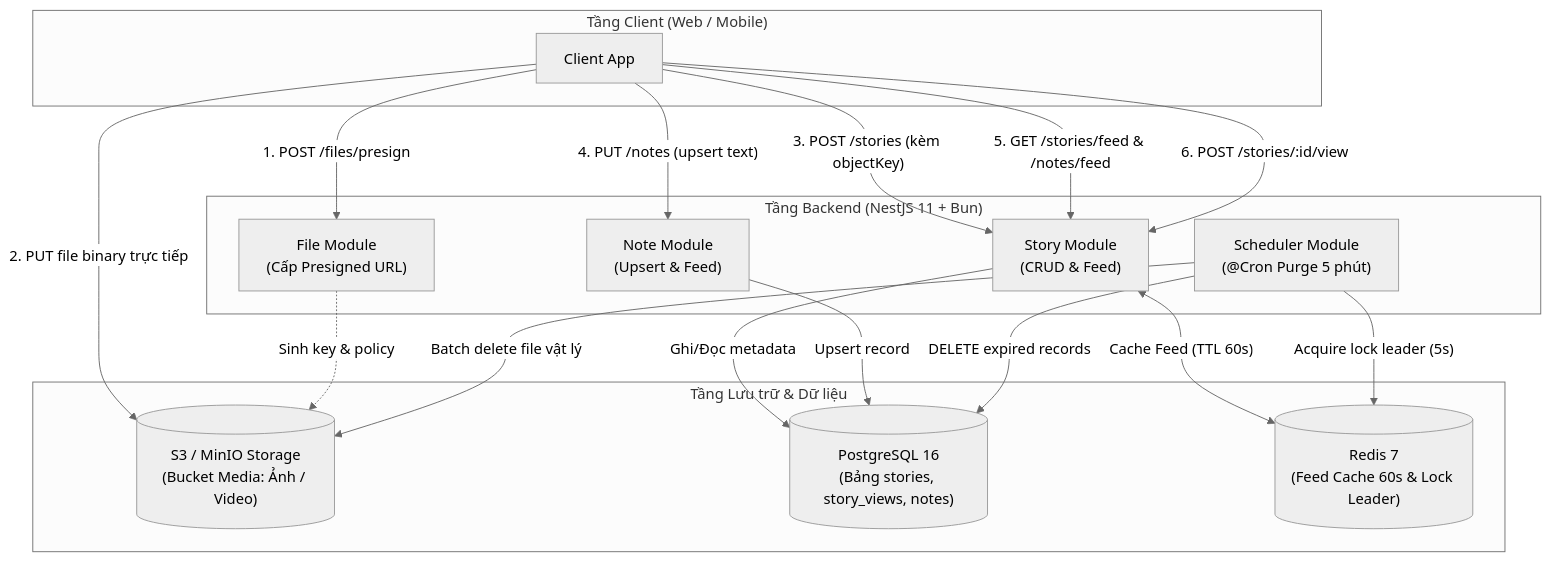
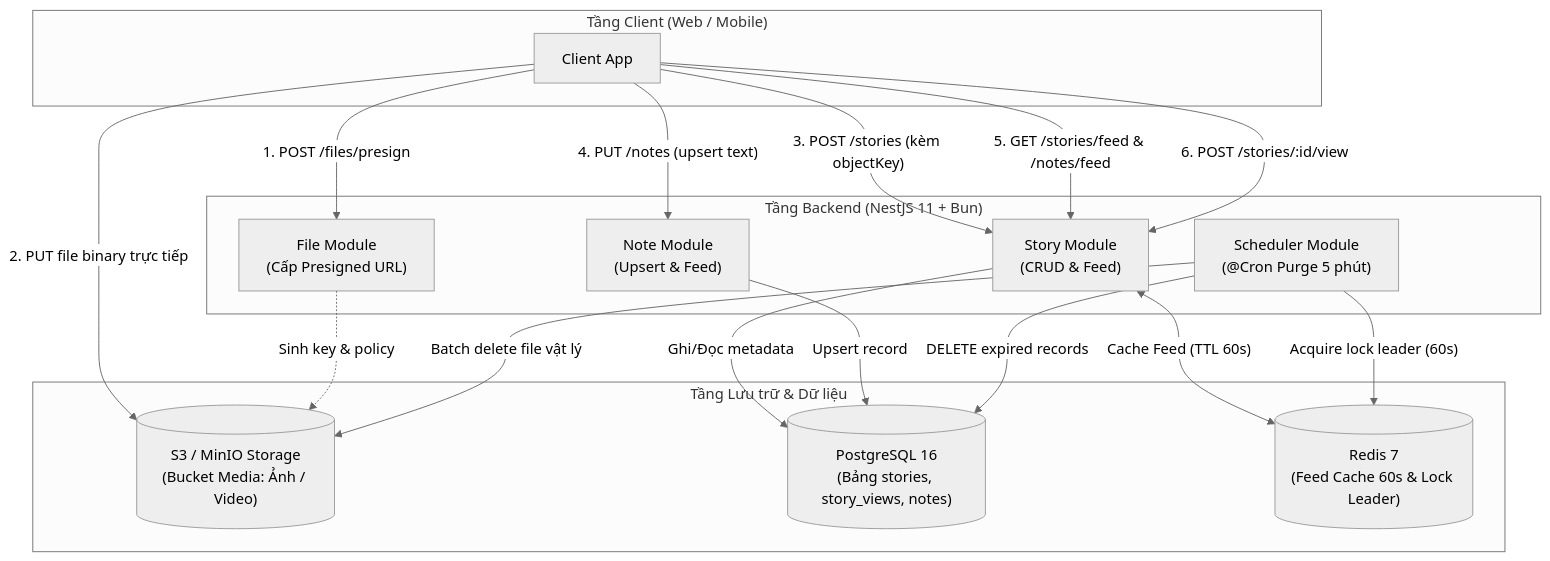
The first of 8 diagrams in STORIES_NOTES.md (chanh-group/docs), drawn with Mermaid (neutral theme) before and after one commit. The commit also changed other lines of this file and 44 other files, not shown here.

````diff
--- a/STORIES_NOTES.md
+++ b/STORIES_NOTES.md
@@ -56,38 +56,38 @@
 ```mermaid
 flowchart TD
     subgraph ClientLayer["Tầng Client (Web / Mobile)"]
         Client["Client App"]
     end
 
     subgraph ApiLayer["Tầng Backend (NestJS 11 + Bun)"]
         FileModule["File Module\n(Cấp Presigned URL)"]
         StoryModule["Story Module\n(CRUD & Feed)"]
         NoteModule["Note Module\n(Upsert & Feed)"]
         CronModule["Scheduler Module\n(@Cron Purge 5 phút)"]
     end
 
     subgraph DataLayer["Tầng Lưu trữ & Dữ liệu"]
         S3Storage[("S3 / MinIO Storage\n(Bucket Media: Ảnh / Video)")]
         PgDB[("PostgreSQL 16\n(Bảng stories, story_views, notes)")]
         RedisCache[("Redis 7\n(Feed Cache 60s & Lock Leader)")]
     end
 
     %% Client flows
     Client -->|"1. POST /files/presign"| FileModule
     Client -->|"2. PUT file binary trực tiếp"| S3Storage
     Client -->|"3. POST /stories (kèm objectKey)"| StoryModule
     Client -->|"4. PUT /notes (upsert text)"| NoteModule
     Client -->|"5. GET /stories/feed & /notes/feed"| StoryModule
     Client -->|"6. POST /stories/:id/view"| StoryModule
 
     %% Internal service flows
     FileModule -.->|"Sinh key & policy"| S3Storage
     StoryModule -->|"Ghi/Đọc metadata"| PgDB
     NoteModule -->|"Upsert record"| PgDB
     StoryModule <-->|"Cache Feed (TTL 60s)"| RedisCache
 
     %% Purge cron flows
-    CronModule -->|"Acquire lock leader (5s)"| RedisCache
+    CronModule -->|"Acquire lock leader (60s)"| RedisCache
     CronModule -->|"DELETE expired records"| PgDB
     CronModule -->|"Batch delete file vật lý"| S3Storage
 ```
````
